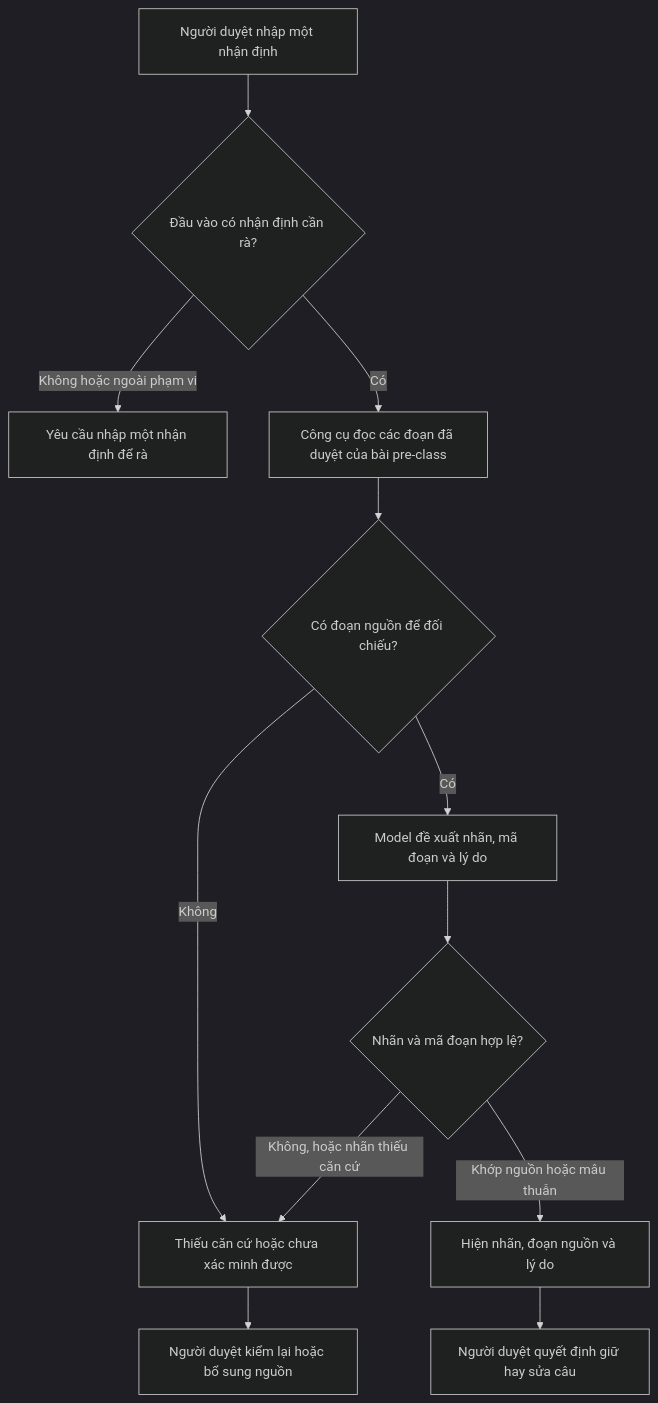
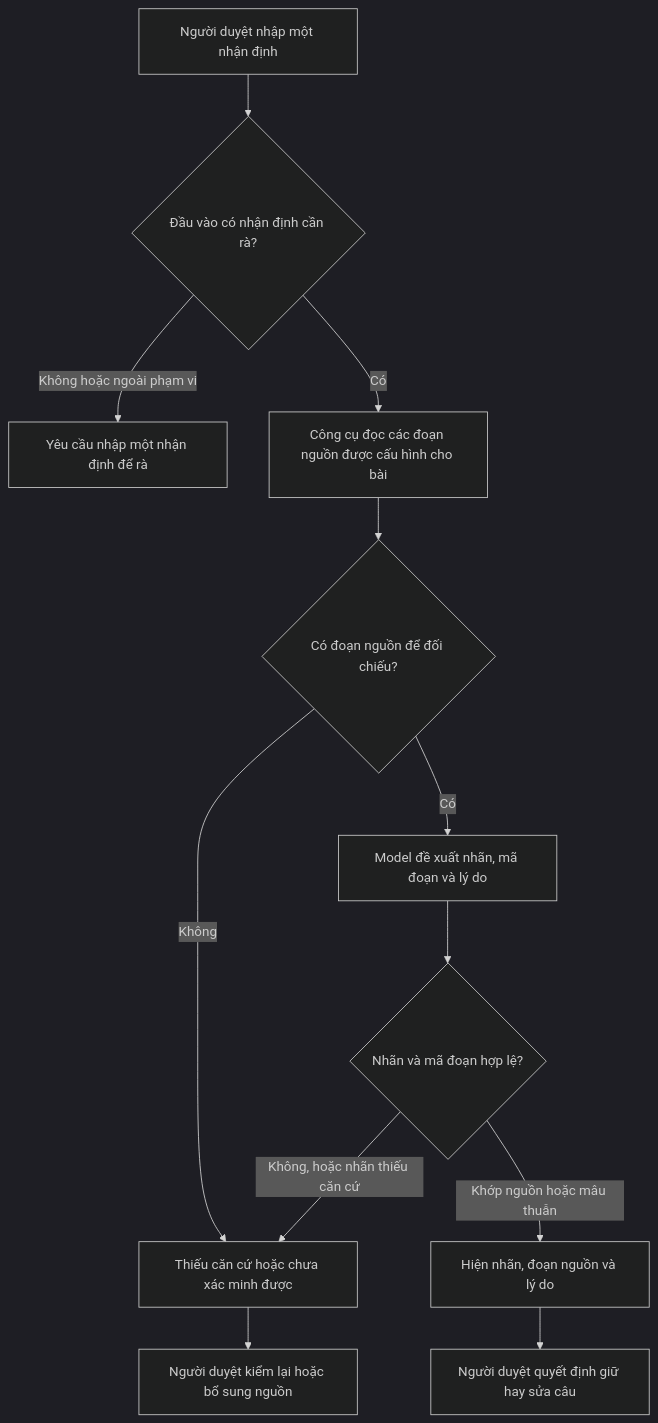
The diagram in starter-repo/spec.md (lqkhanhno/K5-Day15-L3B-AIhayAL-AI-Product-Hackathon), drawn with Mermaid (dark theme) before and after one commit. The commit also changed other lines of this file, not shown here.

````diff
--- a/starter-repo/spec.md
+++ b/starter-repo/spec.md
@@ -40,14 +47,14 @@
 ```mermaid
 flowchart TD
     A["Người duyệt nhập một nhận định"] --> B{"Đầu vào có nhận định cần rà?"}
     B -->|"Không hoặc ngoài phạm vi"| R["Yêu cầu nhập một nhận định để rà"]
-    B -->|"Có"| C["Công cụ đọc các đoạn đã duyệt của bài pre-class"]
+    B -->|"Có"| C["Công cụ đọc các đoạn nguồn được cấu hình cho bài"]
     C --> D{"Có đoạn nguồn để đối chiếu?"}
     D -->|"Không"| F["Thiếu căn cứ hoặc chưa xác minh được"]
     D -->|"Có"| E["Model đề xuất nhãn, mã đoạn và lý do"]
     E --> G{"Nhãn và mã đoạn hợp lệ?"}
     G -->|"Không, hoặc nhãn thiếu căn cứ"| F
     G -->|"Khớp nguồn hoặc mâu thuẫn"| H["Hiện nhãn, đoạn nguồn và lý do"]
     F --> I["Người duyệt kiểm lại hoặc bổ sung nguồn"]
     H --> J["Người duyệt quyết định giữ hay sửa câu"]
 ```
````
